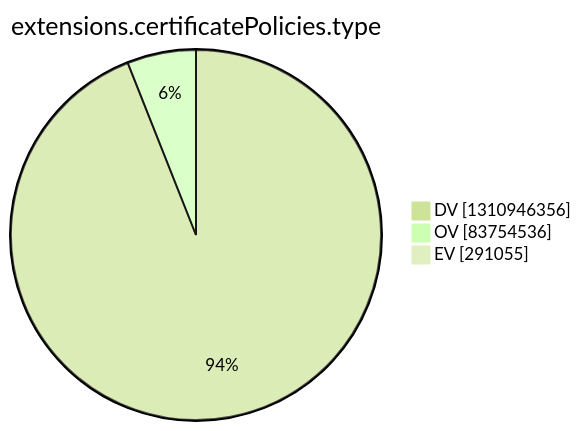
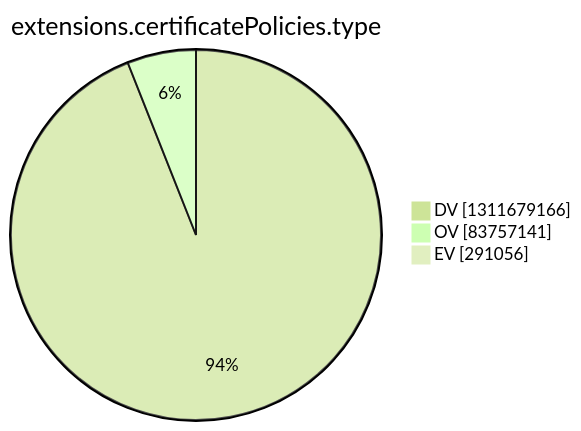
One commit to christiankrug/ctmonitor_visualization changed the tenth of 15 diagrams in argon2022/README.md. Above: the diagram before and after it, drawn with Mermaid (forest theme). The commit also changed other lines of this file, not shown here.

````diff
--- a/argon2022/README.md
+++ b/argon2022/README.md
@@ -2772,7 +2772,7 @@
 ```mermaid
 pie showData
 title extensions.certificatePolicies.type
-"DV" :1310946356
-"OV" :83754536
-"EV" :291055
+"DV" :1311679166
+"OV" :83757141
+"EV" :291056
 ```
````
